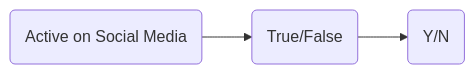
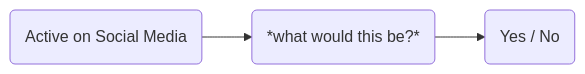
Before and after one commit to CLOSER-Cohorts/training-development: diagram 15 of 18 in introduction/1.1 Research data.md, drawn with Mermaid. The commit also changed other lines of this file, not shown here.

````diff
--- a/introduction/1.1 Research data.md
+++ b/introduction/1.1 Research data.md
@@ -372,7 +376,7 @@
 ``` mermaid
 
 flowchart LR
-    osm(Active on Social Media) --> tf(True/False)
-    tf --> d(Y/N)
+    osm(Active on Social Media) --> tf(*what would this be?*)
+    tf --> d(Yes / No)
 
 ```
````
